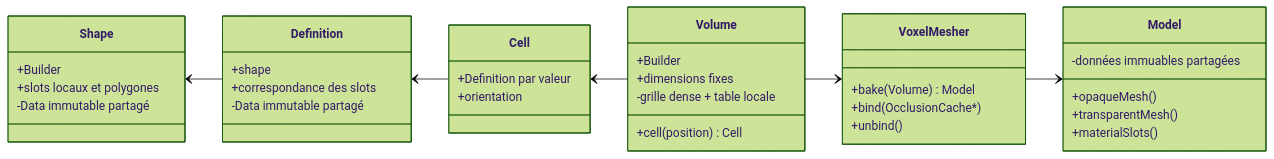
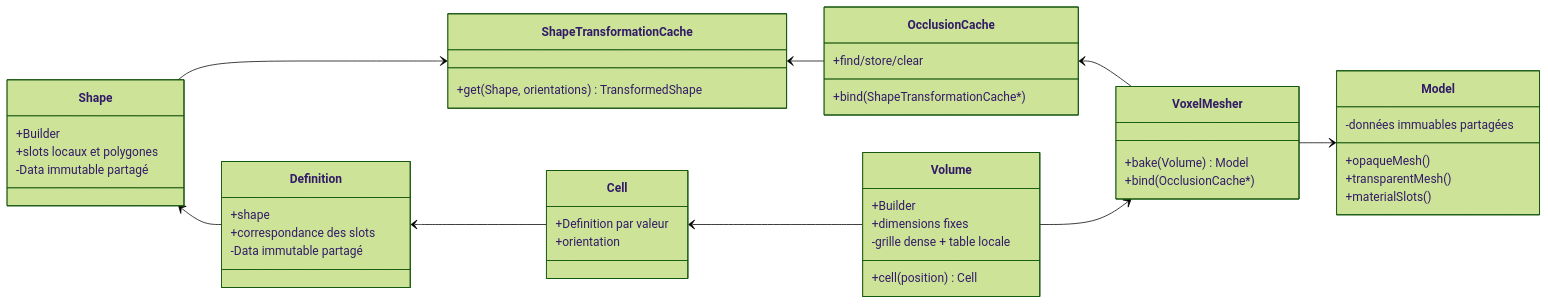
One commit to EreliaStudio/Sparkle changed the diagram in docs/voxel-engine-v0.1.4/02-modele-voxel.md. Above: the diagram before and after it, drawn with Mermaid (forest theme). The commit also changed other lines of this file, not shown here.

Commit message:
docs(voxel): require transformation and occlusion caches before mesher

````diff
--- a/docs/voxel-engine-v0.1.4/02-modele-voxel.md
+++ b/docs/voxel-engine-v0.1.4/02-modele-voxel.md
@@ -7,40 +7,49 @@
 ```mermaid
 classDiagram
   direction LR
   class Shape {
     +Builder
     +slots locaux et polygones
     -Data immutable partagé
   }
   class Definition {
     +shape
     +correspondance des slots
     -Data immutable partagé
   }
   class Cell {
     +Definition par valeur
     +orientation
   }
   class Volume {
     +Builder
     +dimensions fixes
     +cell(position) Cell
     -grille dense + table locale
   }
   class Model {
     +opaqueMesh()
     +transparentMesh()
     +materialSlots()
     -données immuables partagées
   }
+  class ShapeTransformationCache {
+    +get(Shape, orientations) TransformedShape
+  }
+  class OcclusionCache {
+    +bind(ShapeTransformationCache*)
+    +find/store/clear
+  }
   class VoxelMesher {
     +bake(Volume) Model
     +bind(OcclusionCache*)
-    +unbind()
   }
   Shape <-- Definition
   Definition <-- Cell
   Cell <-- Volume
+  Shape --> ShapeTransformationCache
+  ShapeTransformationCache <-- OcclusionCache
+  OcclusionCache <-- VoxelMesher
   Volume --> VoxelMesher
   VoxelMesher --> Model
 ```
````
